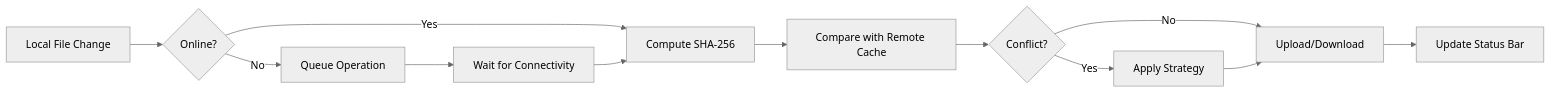
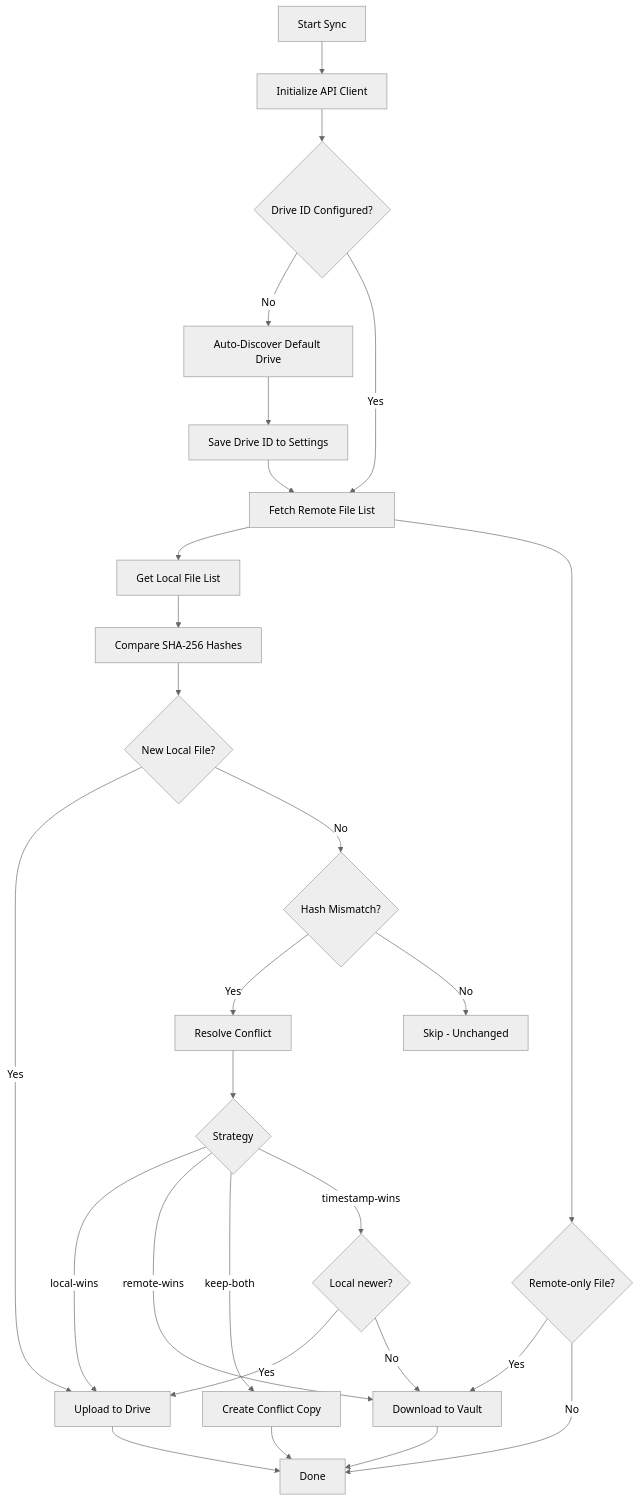
One commit to Nanocult/obsidian-here-now changed the diagram in README.md. Above: the diagram before and after it, drawn with Mermaid (neutral theme). The commit also changed other lines of this file, not shown here.

````diff
--- a/README.md
+++ b/README.md
@@ -68,14 +127,29 @@
 ```mermaid
-graph LR
-  A[Local File Change] --> B{Online?}
-  B -->|Yes| C[Compute SHA-256]
-  B -->|No| D[Queue Operation]
-  D --> E[Wait for Connectivity]
-  C --> F[Compare with Remote Cache]
-  F --> G{Conflict?}
-  G -->|No| H[Upload/Download]
-  G -->|Yes| I[Apply Strategy]
-  I --> H
-  H --> J[Update Status Bar]
-  E --> C
+graph TD
+  A[Start Sync] --> B[Initialize API Client]
+  B --> C{Drive ID Configured?}
+  C -->|No| D[Auto-Discover Default Drive]
+  D --> E[Save Drive ID to Settings]
+  C -->|Yes| F[Fetch Remote File List]
+  E --> F
+  F --> G[Get Local File List]
+  G --> H[Compare SHA-256 Hashes]
+  H --> I{New Local File?}
+  I -->|Yes| J[Upload to Drive]
+  I -->|No| K{Hash Mismatch?}
+  K -->|Yes| L[Resolve Conflict]
+  K -->|No| M[Skip - Unchanged]
+  L --> N{Strategy}
+  N -->|local-wins| J
+  N -->|remote-wins| O[Download to Vault]
+  N -->|keep-both| P[Create Conflict Copy]
+  N -->|timestamp-wins| Q{Local newer?}
+  Q -->|Yes| J
+  Q -->|No| O
+  F --> R{Remote-only File?}
+  R -->|Yes| O
+  R -->|No| S[Done]
+  J --> S
+  O --> S
+  P --> S
 ```
````
